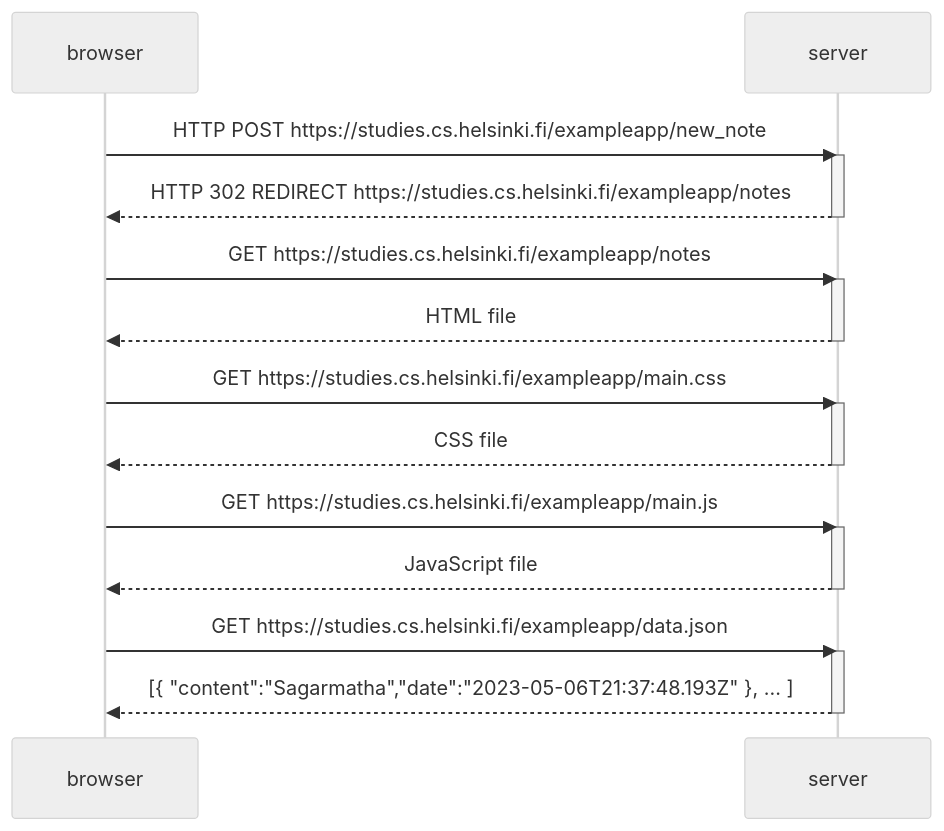
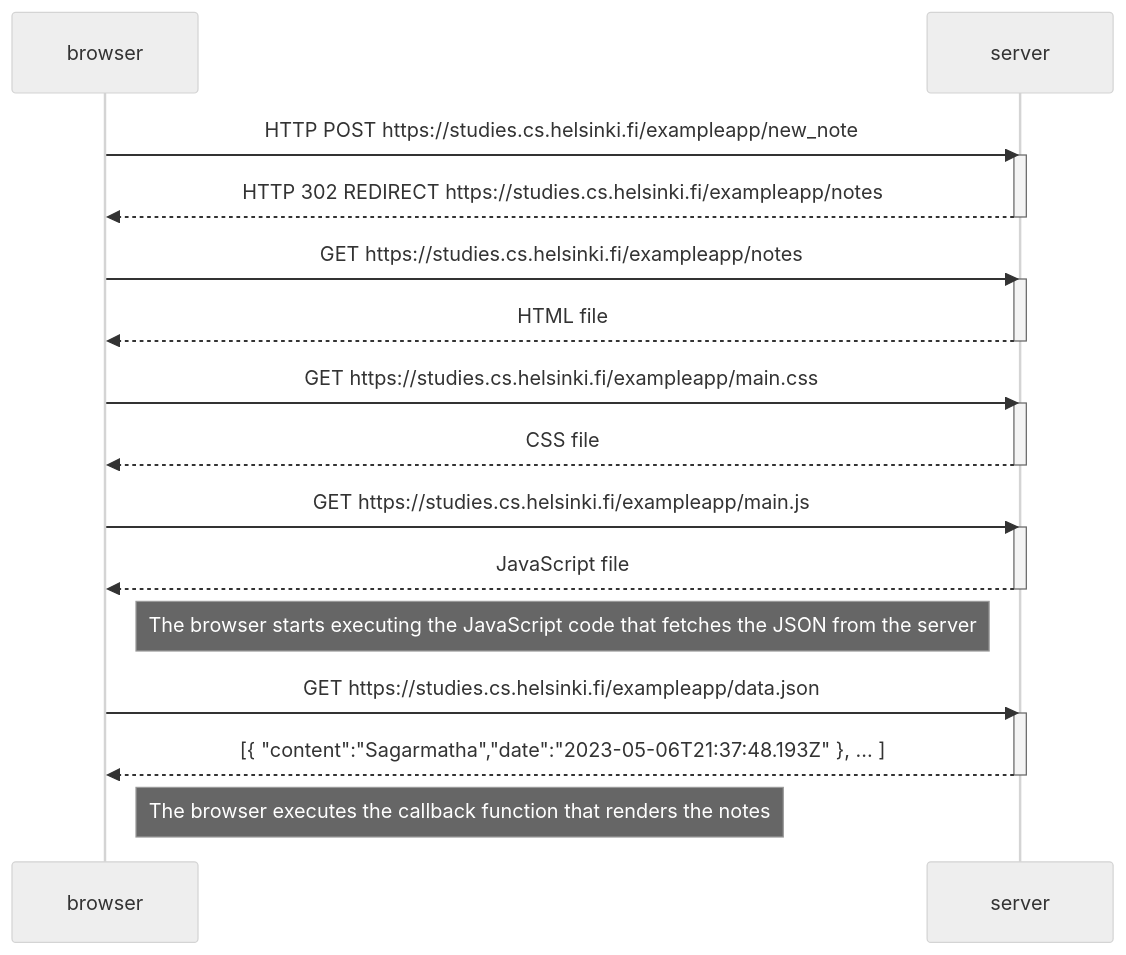
One commit to mehmy/fullstackopen changed the diagram in part0/solution0.4.md. Above: the diagram before and after it, drawn with Mermaid (neutral theme).

Commit message:
add comments

````diff
--- a/part0/solution0.4.md
+++ b/part0/solution0.4.md
@@ -1,29 +1,30 @@
 ```mermaid
 sequenceDiagram
     participant browser
     participant server
 browser->>server: HTTP POST https://studies.cs.helsinki.fi/exampleapp/new_note
     activate server
     server-->>browser: HTTP 302 REDIRECT https://studies.cs.helsinki.fi/exampleapp/notes
     deactivate server
 
     browser->>server: GET https://studies.cs.helsinki.fi/exampleapp/notes
     activate server
     server-->>browser: HTML file
     deactivate server
 
     browser->>server: GET https://studies.cs.helsinki.fi/exampleapp/main.css
     activate server
     server-->>browser: CSS file
     deactivate server
 
     browser->>server: GET https://studies.cs.helsinki.fi/exampleapp/main.js
     activate server
     server-->>browser: JavaScript file
     deactivate server
-
+    Note right of browser: The browser starts executing the JavaScript code that fetches the JSON from the server
         browser->>server: GET https://studies.cs.helsinki.fi/exampleapp/data.json
     activate server
     server-->>browser: [{ "content":"Sagarmatha","date":"2023-05-06T21:37:48.193Z" }, ... ]
     deactivate server
+ Note right of browser: The browser executes the callback function that renders the notes
 ```
````
